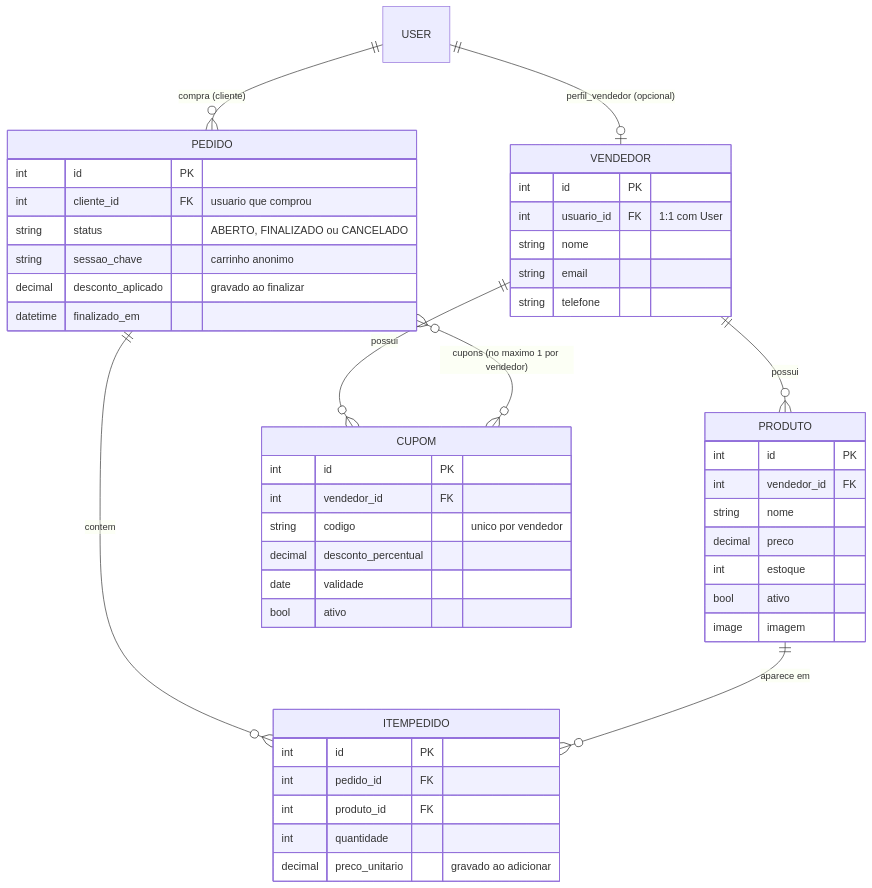
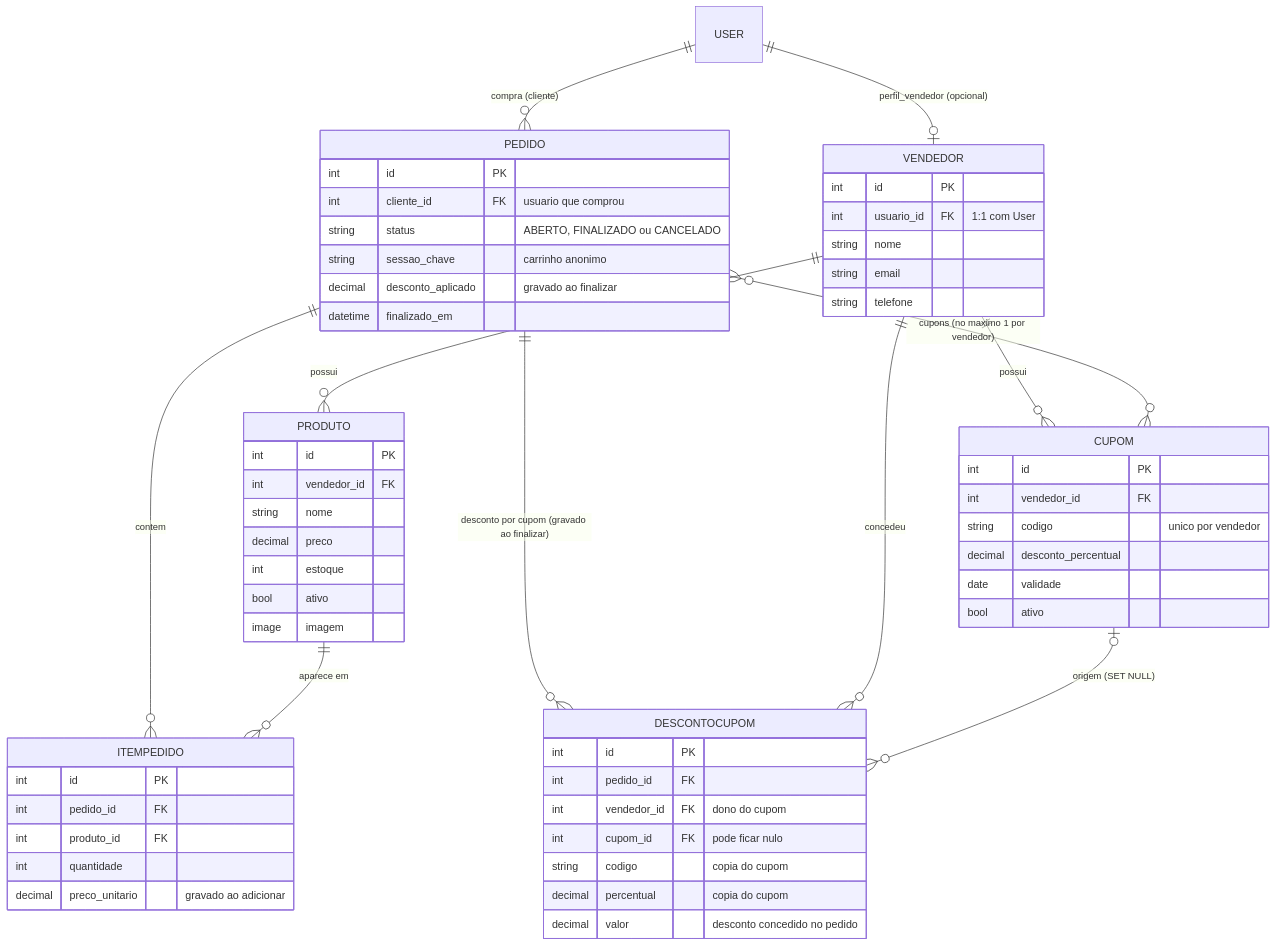
One commit to Felipe-dmgs/ProjetoE-commerce changed the diagram in README.md. Above: the diagram before and after it, drawn with Mermaid. The commit also changed other lines of this file and 12 other files, not shown here.

````diff
--- a/README.md
+++ b/README.md
@@ -148,50 +152,62 @@
 ```mermaid
 erDiagram
     USER ||--o| VENDEDOR : "perfil_vendedor (opcional)"
     VENDEDOR ||--o{ PRODUTO : "possui"
     VENDEDOR ||--o{ CUPOM : "possui"
     USER ||--o{ PEDIDO : "compra (cliente)"
     PEDIDO ||--o{ ITEMPEDIDO : "contem"
     PRODUTO ||--o{ ITEMPEDIDO : "aparece em"
     PEDIDO }o--o{ CUPOM : "cupons (no maximo 1 por vendedor)"
+    PEDIDO ||--o{ DESCONTOCUPOM : "desconto por cupom (gravado ao finalizar)"
+    VENDEDOR ||--o{ DESCONTOCUPOM : "concedeu"
+    CUPOM |o--o{ DESCONTOCUPOM : "origem (SET NULL)"
 
     VENDEDOR {
         int id PK
         int usuario_id FK "1:1 com User"
         string nome
         string email
         string telefone
     }
     PRODUTO {
         int id PK
         int vendedor_id FK
         string nome
         decimal preco
         int estoque
         bool ativo
         image imagem
     }
     CUPOM {
         int id PK
         int vendedor_id FK
         string codigo "unico por vendedor"
         decimal desconto_percentual
         date validade
         bool ativo
     }
     PEDIDO {
         int id PK
         int cliente_id FK "usuario que comprou"
         string status "ABERTO, FINALIZADO ou CANCELADO"
         string sessao_chave "carrinho anonimo"
         decimal desconto_aplicado "gravado ao finalizar"
         datetime finalizado_em
     }
     ITEMPEDIDO {
         int id PK
         int pedido_id FK
         int produto_id FK
         int quantidade
         decimal preco_unitario "gravado ao adicionar"
     }
+    DESCONTOCUPOM {
+        int id PK
+        int pedido_id FK
+        int vendedor_id FK "dono do cupom"
+        int cupom_id FK "pode ficar nulo"
+        string codigo "copia do cupom"
+        decimal percentual "copia do cupom"
+        decimal valor "desconto concedido no pedido"
+    }
 ```
````
